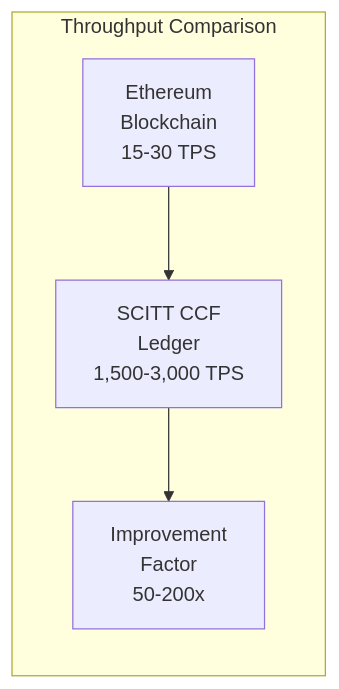
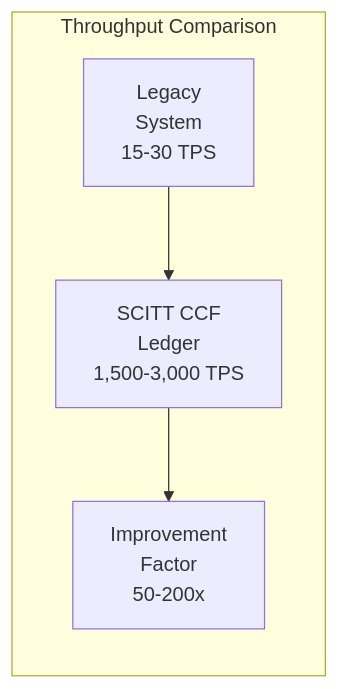
Before and after one commit to gitmujoshi/Confidential-AI-Network: the ninth of 15 diagrams in docs/ARCHITECTURE.md, drawn with Mermaid. The commit also changed other lines of this file and 3 other files, not shown here.

First line of the commit message:
Update all documentation to use SCITT CCF instead of blockchain

````diff
--- a/docs/ARCHITECTURE.md
+++ b/docs/ARCHITECTURE.md
@@ -396,11 +396,11 @@
 ```mermaid
 graph LR
     subgraph "Throughput Comparison"
-        Ethereum["Ethereum<br/>Blockchain<br/>15-30 TPS"]
+        Legacy["Legacy<br/>System<br/>15-30 TPS"]
         SCITT["SCITT CCF<br/>Ledger<br/>1,500-3,000 TPS"]
         Improvement["Improvement<br/>Factor<br/>50-200x"]
     end
     
-    Ethereum --> SCITT
+    Legacy --> SCITT
     SCITT --> Improvement
 ```
````
